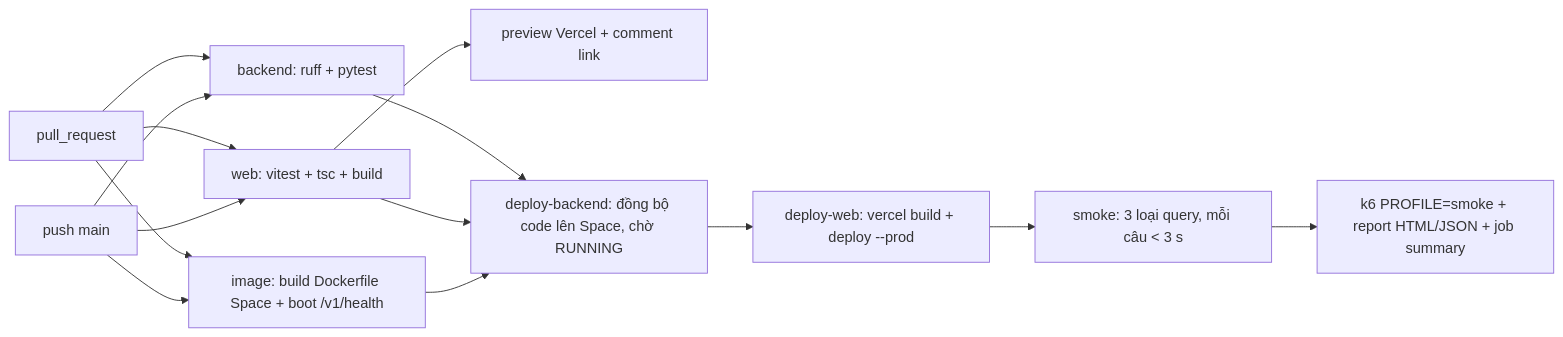
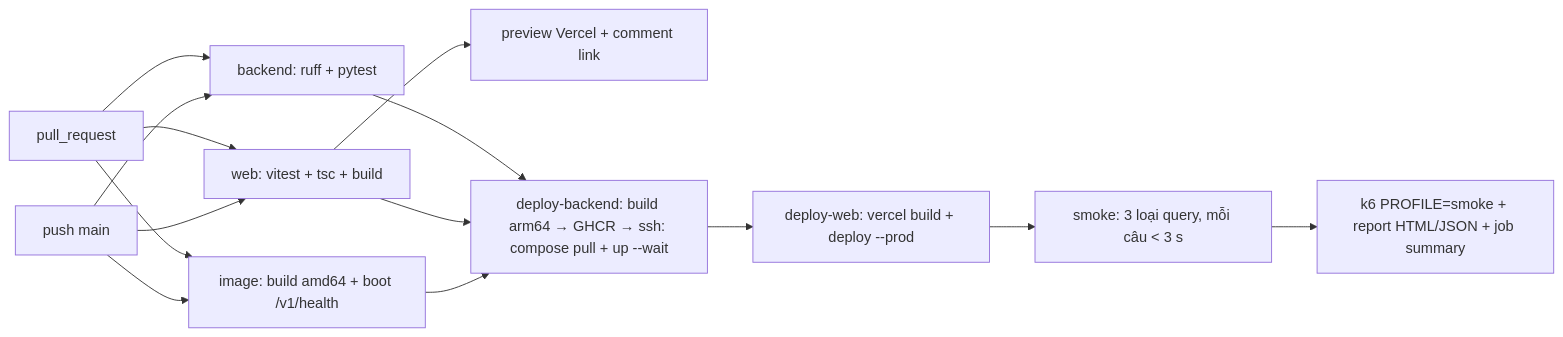
The second of 2 diagrams in docs/deploy.md (vuongej/heritage-image-retrieval), drawn with Mermaid before and after one commit. The commit also changed other lines of this file and 16 other files, not shown here.

First line of the commit message:
Deploy backend lên VM Oracle (GHCR + compose + Caddy), image không torch

````diff
--- a/docs/deploy.md
+++ b/docs/deploy.md
@@ -26,12 +55,12 @@
 ```mermaid
 flowchart LR
     PR[pull_request] --> B[backend: ruff + pytest]
     PR --> W[web: vitest + tsc + build]
-    PR --> I[image: build Dockerfile Space + boot /v1/health]
+    PR --> I[image: build amd64 + boot /v1/health]
     W --> PV[preview Vercel + comment link]
     M[push main] --> B & W & I
-    B & W & I --> DB[deploy-backend: đồng bộ code lên Space, chờ RUNNING]
+    B & W & I --> DB[deploy-backend: build arm64 → GHCR → ssh: compose pull + up --wait]
     DB --> DW[deploy-web: vercel build + deploy --prod]
     DW --> SM[smoke: 3 loại query, mỗi câu < 3 s]
     SM --> K6[k6 PROFILE=smoke + report HTML/JSON + job summary]
 ```
````
